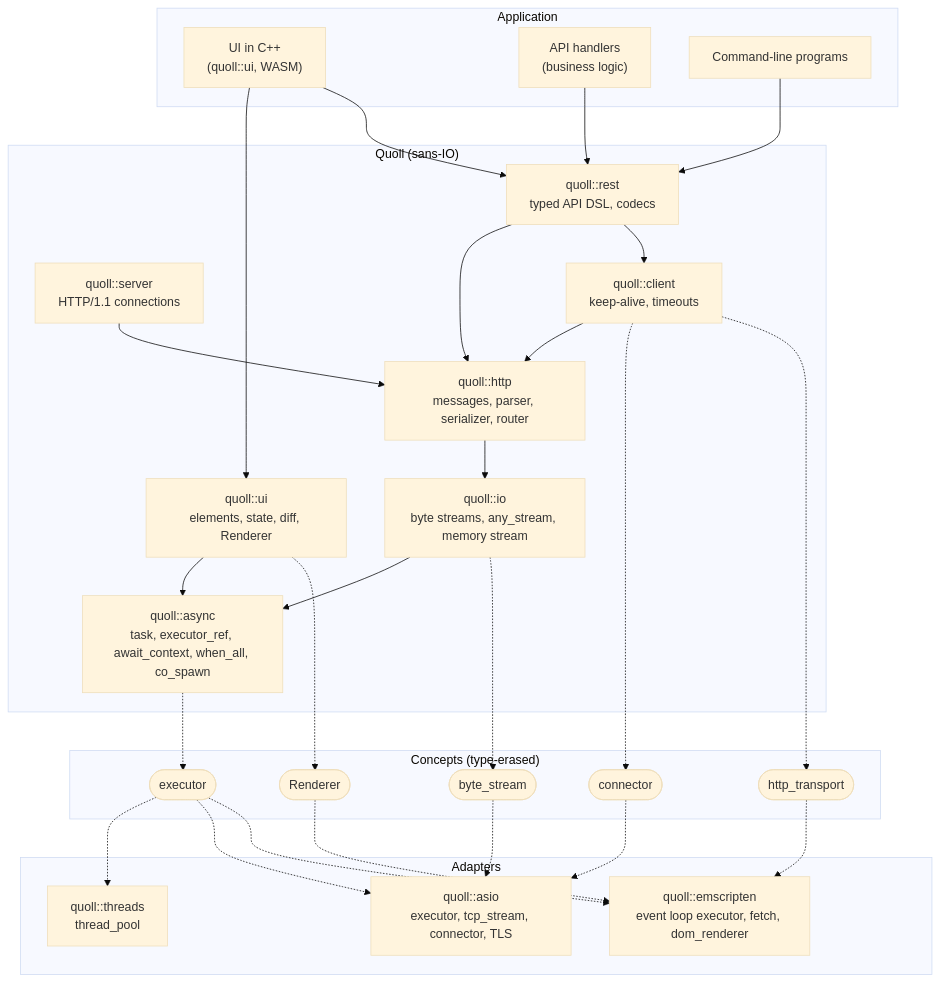
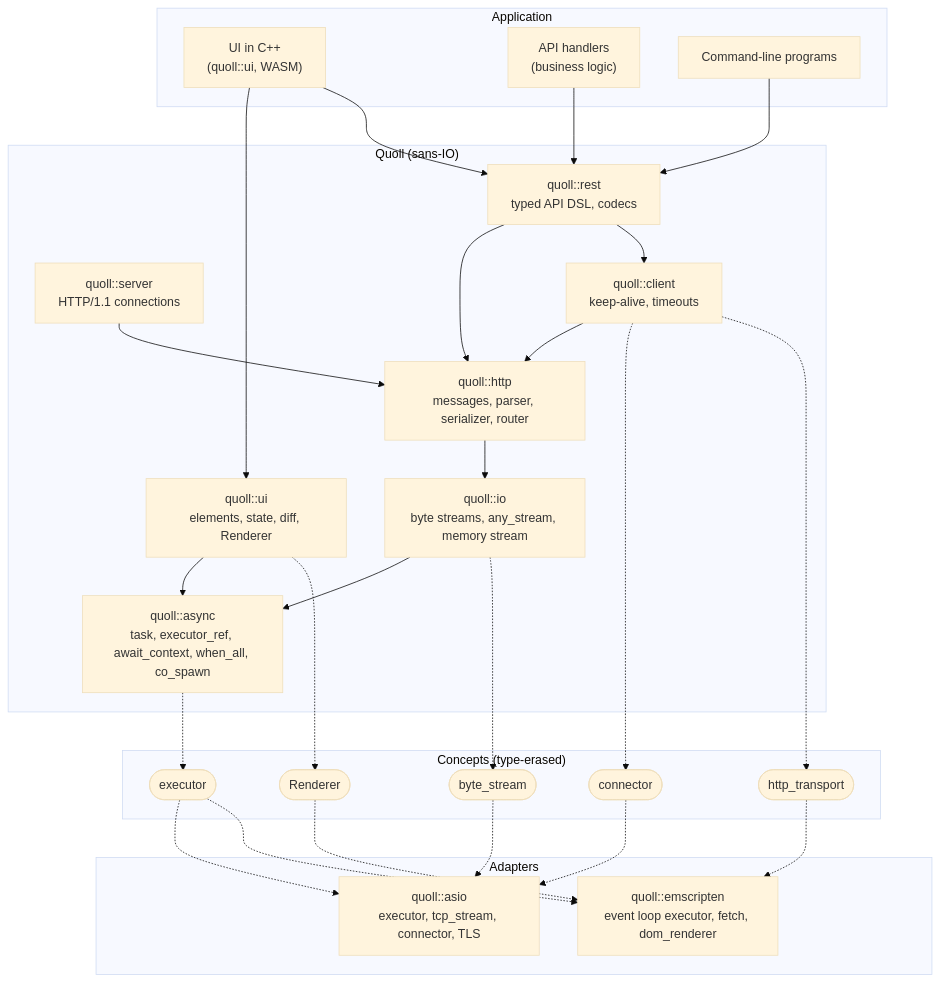
One commit to 4thlabs/quoll changed the diagram in docs/PLAN.md. Above: the diagram before and after it, drawn with Mermaid (base theme). The commit also changed other lines of this file and 23 other files, not shown here.

First line of the commit message:
threads: the thread pool and serve(executor, listener) go

````diff
--- a/docs/PLAN.md
+++ b/docs/PLAN.md
@@ -407,56 +412,55 @@
 ```mermaid
 flowchart TB
   subgraph app["Application"]
     page["UI in C++<br/>(quoll::ui, WASM)"]
     handlers["API handlers<br/>(business logic)"]
     cli["Command-line programs"]
   end
 
   subgraph quoll["Quoll (sans-IO)"]
     ui["quoll::ui<br/>elements, state, diff, Renderer"]
     rest["quoll::rest<br/>typed API DSL, codecs"]
     server["quoll::server<br/>HTTP/1.1 connections"]
     client["quoll::client<br/>keep-alive, timeouts"]
     http["quoll::http<br/>messages, parser, serializer, router"]
     io["quoll::io<br/>byte streams, any_stream, memory stream"]
     async["quoll::async<br/>task, executor_ref, await_context, when_all, co_spawn"]
   end
 
   subgraph concepts["Concepts (type-erased)"]
     executor(["executor"])
     stream(["byte_stream"])
     connector(["connector"])
     transport(["http_transport"])
     renderer(["Renderer"])
   end
 
   subgraph adapters["Adapters"]
-    pool["quoll::threads<br/>thread_pool"]
     asio["quoll::asio<br/>executor, tcp_stream, connector, TLS"]
     emscripten["quoll::emscripten<br/>event loop executor, fetch, dom_renderer"]
   end
 
   page --> ui
   page --> rest
   handlers --> rest
   cli --> rest
   rest --> http
   rest --> client
   server --> http
   client --> http
   ui --> async
   http --> io
   io --> async
 
   io -.-> stream
   client -.-> connector
   client -.-> transport
   ui -.-> renderer
   async -.-> executor
 
-  executor -.-> pool & asio & emscripten
+  executor -.-> asio & emscripten
   stream -.-> asio
   connector -.-> asio
   transport -.-> emscripten
   renderer -.-> emscripten
 ```
````
